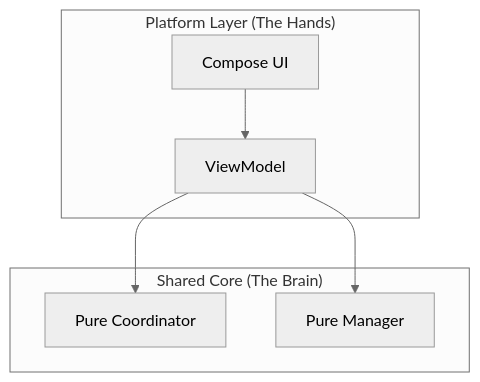
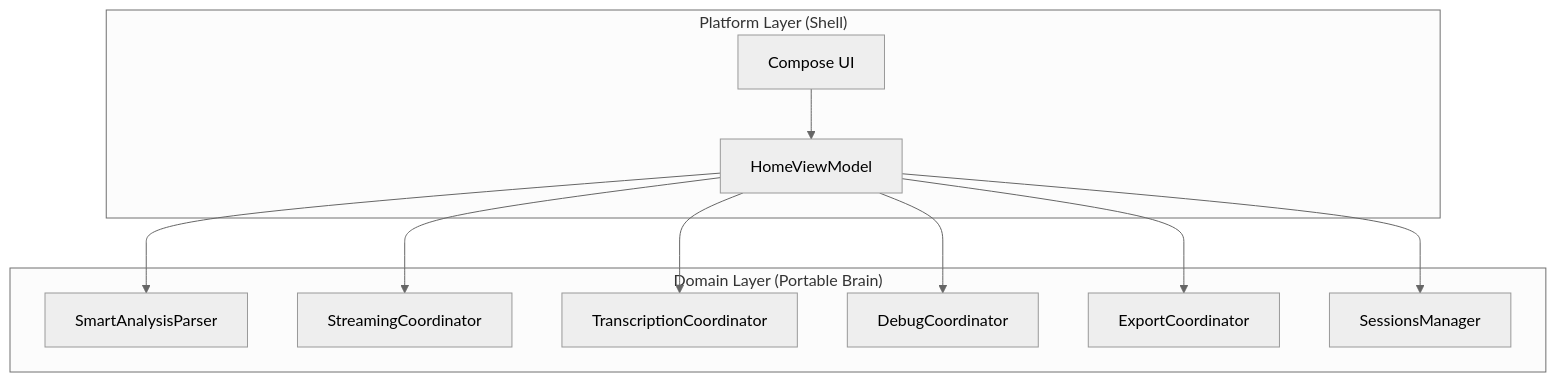
The diagram in docs/ArchitectureRefactoring.md (esir-nus/smart-sales-main), drawn with Mermaid (neutral theme) before and after one commit. The commit also changed other lines of this file and 34 other files, not shown here.

First line of the commit message:
refactor(M5): rename 6 files + move SmartAnalysisParser to realize V1 target tree

````diff
--- a/docs/ArchitectureRefactoring.md
+++ b/docs/ArchitectureRefactoring.md
@@ -21,11 +13,24 @@
 ```mermaid
 graph TD
-    subgraph "Platform Layer (The Hands)"
-        UI[Compose UI] --> VM[ViewModel]
+    subgraph "Platform Layer (Shell)"
+        UI[Compose UI]
+        VM[HomeViewModel]
     end
-
-    subgraph "Shared Core (The Brain)"
-        VM --> Coordinator[Pure Coordinator]
-        VM --> Manager[Pure Manager]
+    
+    subgraph "Domain Layer (Portable Brain)"
+        SAP[SmartAnalysisParser]
+        SC[StreamingCoordinator]
+        TC[TranscriptionCoordinator]
+        DC[DebugCoordinator]
+        EC[ExportCoordinator]
+        SM[SessionsManager]
     end
+    
+    VM --> SAP
+    VM --> SC
+    VM --> TC
+    VM --> DC
+    VM --> EC
+    VM --> SM
+    UI --> VM
 ```
````
